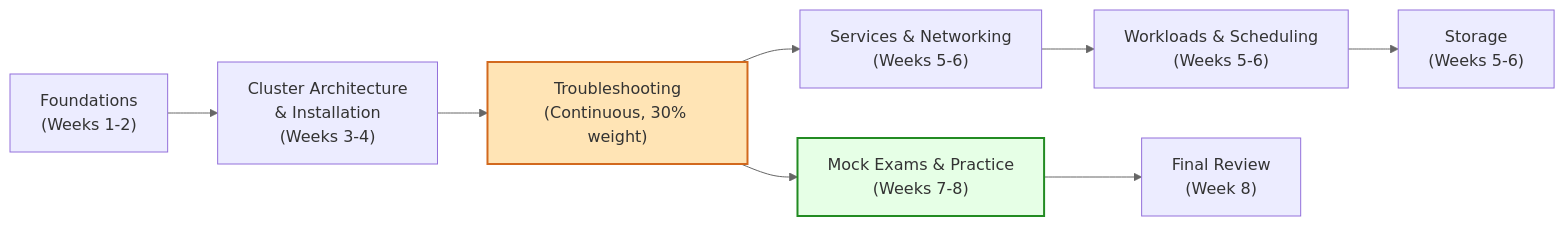
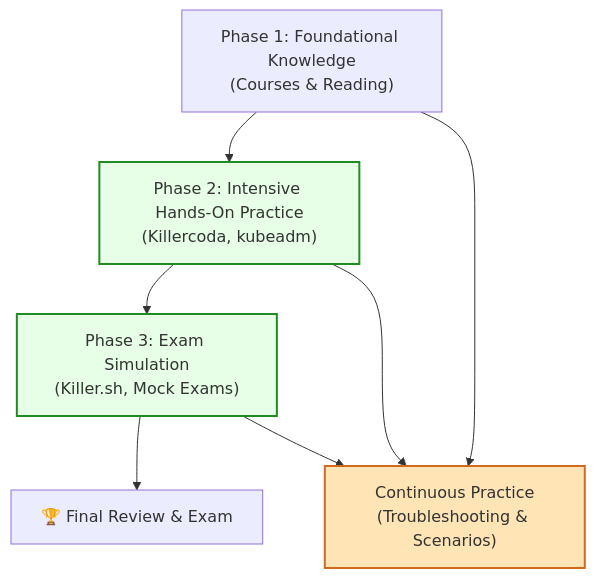
One commit to AungMyoKyaw/aungmyokyaw.github.io changed the diagram in docs/exam-prep/certified-kubernetes-administrator.md. Above: the diagram before and after it, drawn with Mermaid. The commit also changed other lines of this file, not shown here.

First line of the commit message:
docs(exam-prep): update cka study plan and visual diagram

````diff
--- a/docs/exam-prep/certified-kubernetes-administrator.md
+++ b/docs/exam-prep/certified-kubernetes-administrator.md
@@ -30,13 +30,16 @@
 ```mermaid
-flowchart LR
-  A["Foundations<br/>(Weeks 1-2)"] --> B["Cluster Architecture<br/>&amp; Installation<br/>(Weeks 3-4)"]
-  B --> C["Troubleshooting<br/>(Continuous, 30% weight)"]
-  C --> D["Services & Networking<br/>(Weeks 5-6)"]
-  D --> E["Workloads & Scheduling<br/>(Weeks 5-6)"]
-  E --> F["Storage<br/>(Weeks 5-6)"]
-  C --> G["Mock Exams & Practice<br/>(Weeks 7-8)"]
-  G --> H["Final Review<br/>(Week 8)"]
-  style C fill:#ffe4b5,stroke:#d2691e,stroke-width:2px
-  style G fill:#e6ffe6,stroke:#228b22,stroke-width:2px
-  linkStyle default stroke:#666,stroke-width:1px
+flowchart TD
+    A["Phase 1: Foundational Knowledge<br/>(Courses & Reading)"] --> B["Phase 2: Intensive Hands-On Practice<br/>(Killercoda, kubeadm)"]
+    B --> C["Phase 3: Exam Simulation<br/>(Killer.sh, Mock Exams)"]
+    C --> D["🏆 Final Review & Exam"]
+
+    E["Continuous Practice<br/>(Troubleshooting & Scenarios)"]
+
+    A --> E
+    B --> E
+    C --> E
+
+    style B fill:#e6ffe6,stroke:#228b22,stroke-width:2px
+    style C fill:#e6ffe6,stroke:#228b22,stroke-width:2px
+    style E fill:#ffe4b5,stroke:#d2691e,stroke-width:2px
 ```
````
